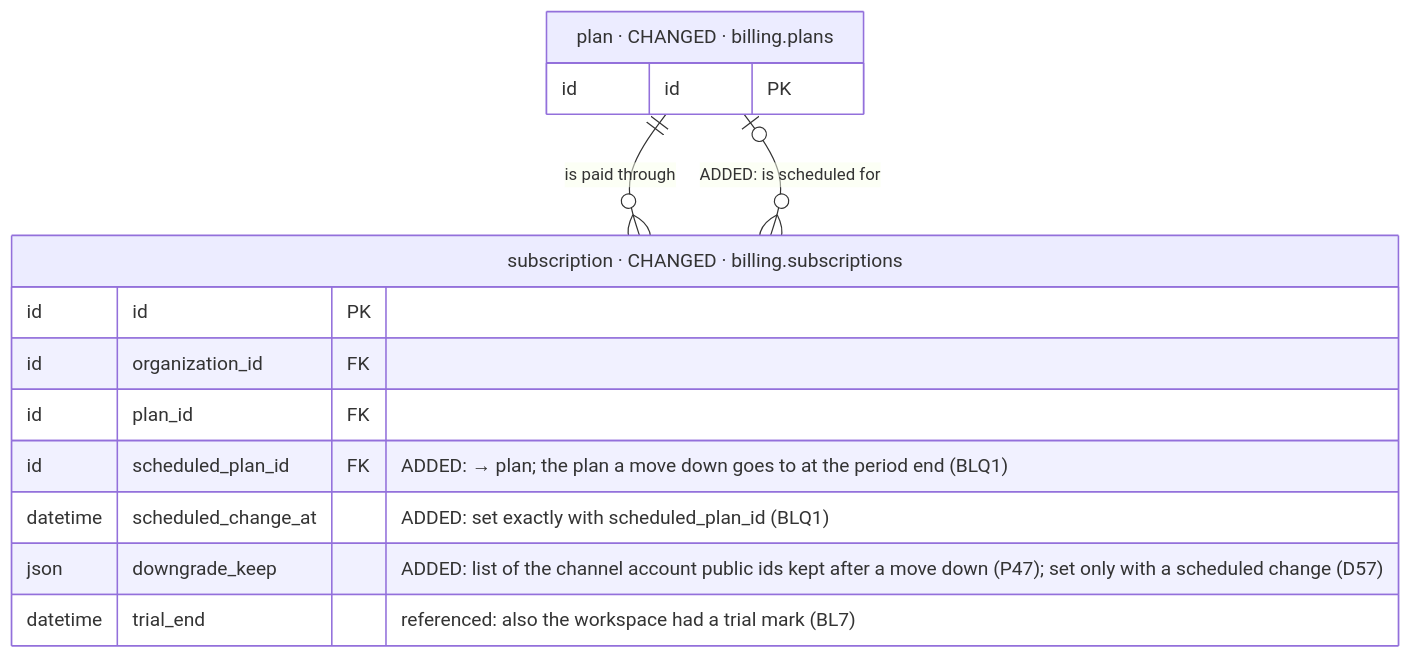
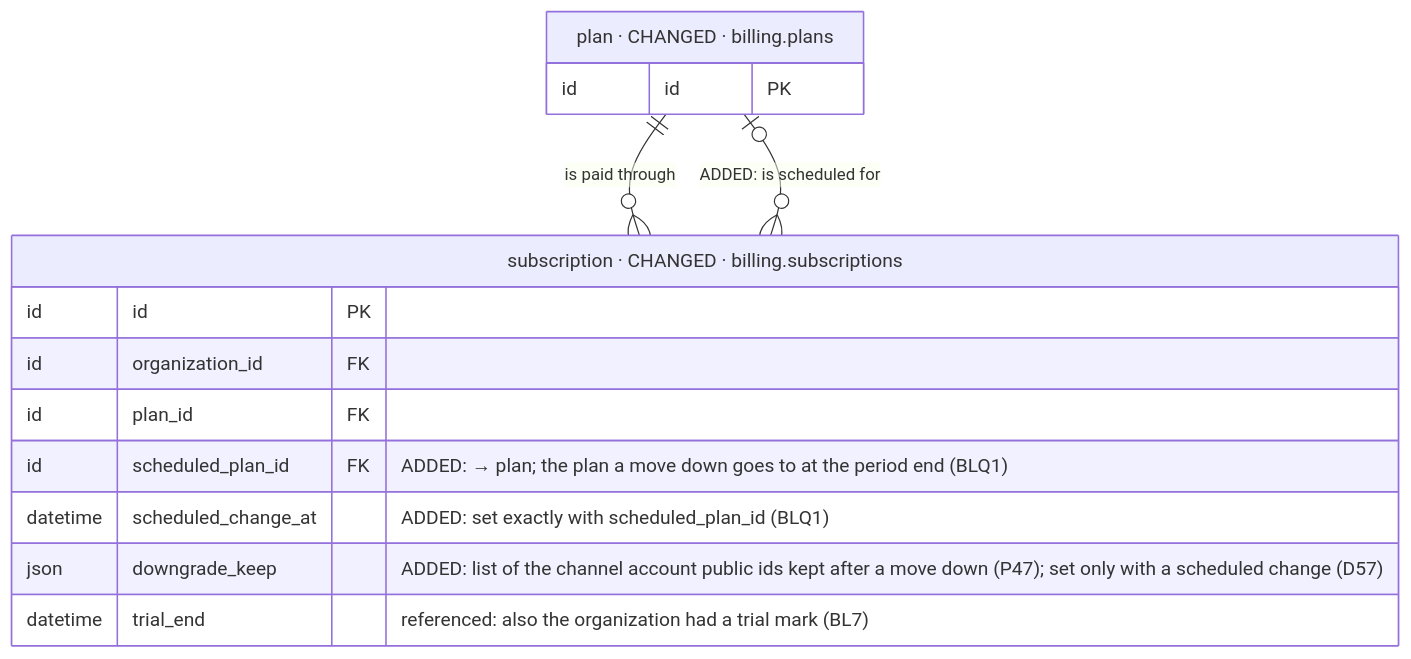
Diagram 32 of 39 in iterations/feat-instagram-dm-sending-2026-11-23-oxak/plans/db-changes.md (albetrios/meepzo-be), drawn with Mermaid before and after one commit. The commit also changed other lines of this file and 3 other files, not shown here.

````diff
--- a/iterations/feat-instagram-dm-sending-2026-11-23-oxak/plans/db-changes.md
+++ b/iterations/feat-instagram-dm-sending-2026-11-23-oxak/plans/db-changes.md
@@ -1616,17 +1634,17 @@
 ```mermaid
 erDiagram
   subscription["subscription · CHANGED · billing.subscriptions"] {
     id id PK
     id organization_id FK
     id plan_id FK
     id scheduled_plan_id FK "ADDED: → plan; the plan a move down goes to at the period end (BLQ1)"
     datetime scheduled_change_at "ADDED: set exactly with scheduled_plan_id (BLQ1)"
     json downgrade_keep "ADDED: list of the channel account public ids kept after a move down (P47); set only with a scheduled change (D57)"
-    datetime trial_end "referenced: also the workspace had a trial mark (BL7)"
+    datetime trial_end "referenced: also the organization had a trial mark (BL7)"
   }
   plan["plan · CHANGED · billing.plans"] {
     id id PK
   }
   plan ||--o{ subscription : "is paid through"
   plan |o--o{ subscription : "ADDED: is scheduled for"
 ```
````
